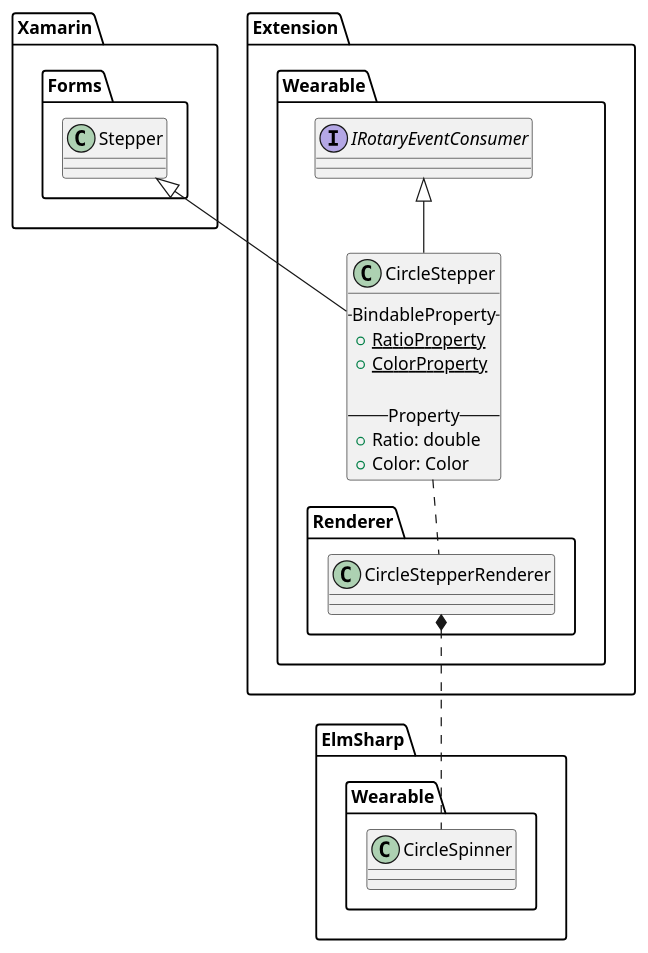
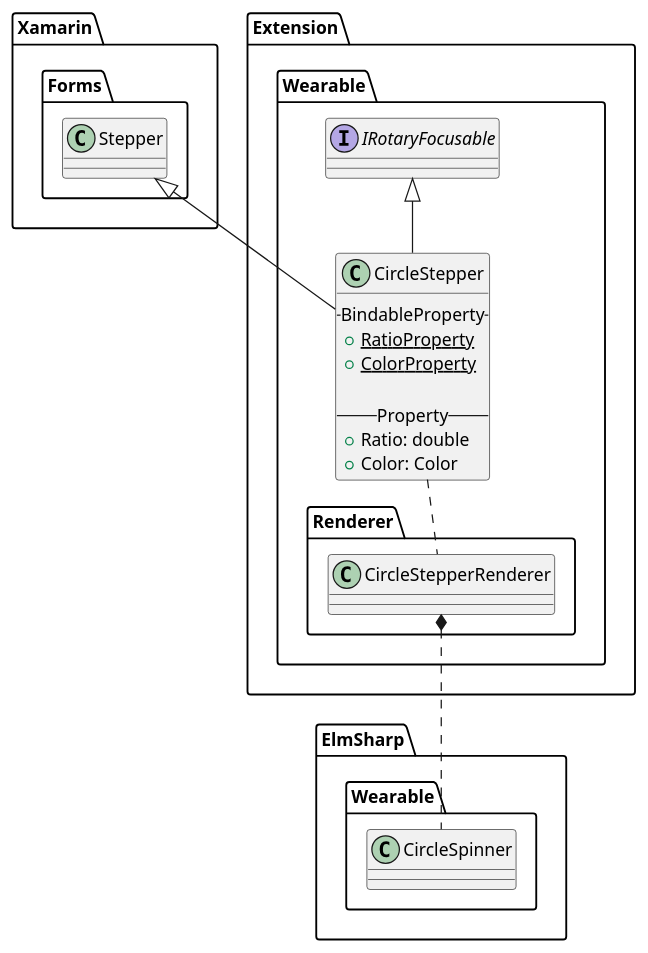
Diagram 12 of 15 in doc/design/uml/CirclePage.wsd (Samsung/Tizen.CircularUI), drawn with PlantUML before and after one commit. The commit also changed other lines of this file and 36 other files, not shown here.

```diff
--- a/doc/design/uml/CirclePage.wsd
+++ b/doc/design/uml/CirclePage.wsd
@@ -368,32 +355,32 @@
 @startuml CircleStepper.png
 
 package "Xamarin.Forms" {
     class Stepper
 }
 
 package "Extension.Wearable" {
-    interface IRotaryEventConsumer
+    interface IRotaryFocusable
     class CircleStepper {
         --BindableProperty--
         {static} +RatioProperty
         {static} +ColorProperty
 
         --Property--
         +Ratio: double
         +Color: Color
     }
 
     CircleStepper -u-|> Stepper
-    CircleStepper -u-|> IRotaryEventConsumer
+    CircleStepper -u-|> IRotaryFocusable
 }
 
 package "Extension.Wearable.Renderer" {
     class CircleStepperRenderer
     CircleStepperRenderer .u. CircleStepper
 }
 
 package "ElmSharp.Wearable" {
     class CircleSpinner
     CircleStepperRenderer *.d. CircleSpinner
 }
 @enduml
```
